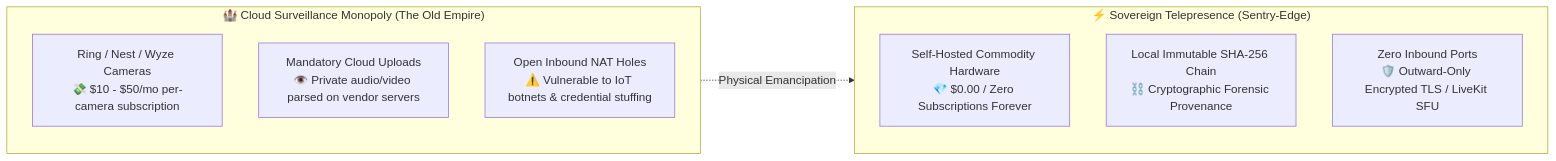
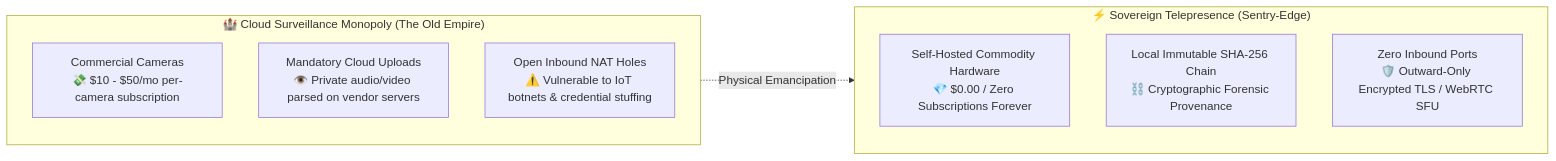
One commit to xuoxod/sentry-edge changed the first of 2 diagrams in README.md. Above: the diagram before and after it, drawn with Mermaid. The commit also changed other lines of this file and 5 other files, not shown here.

````diff
--- a/README.md
+++ b/README.md
@@ -54,18 +54,18 @@
 ```mermaid
 flowchart LR
     subgraph SurveillanceEmpire ["🏰 Cloud Surveillance Monopoly (The Old Empire)"]
         direction TB
-        VendorCam["Ring / Nest / Wyze Cameras\n💸 $10 - $50/mo per-camera subscription"]
+        VendorCam["Commercial Cameras\n💸 $10 - $50/mo per-camera subscription"]
         CloudStream["Mandatory Cloud Uploads\n👁️ Private audio/video parsed on vendor servers"]
         InboundHoles["Open Inbound NAT Holes\n⚠️ Vulnerable to IoT botnets & credential stuffing"]
     end
 
     subgraph SentryFrontier ["⚡ Sovereign Telepresence (Sentry-Edge)"]
         direction TB
         ZeroCost["Self-Hosted Commodity Hardware\n💎 $0.00 / Zero Subscriptions Forever"]
         LocalAudit["Local Immutable SHA-256 Chain\n⛓️ Cryptographic Forensic Provenance"]
-        OutboundMesh["Zero Inbound Ports\n🛡️ Outward-Only Encrypted TLS / LiveKit SFU"]
+        OutboundMesh["Zero Inbound Ports\n🛡️ Outward-Only Encrypted TLS / WebRTC SFU"]
     end
 
     SurveillanceEmpire -.->|"Physical Emancipation"| SentryFrontier
 ```
````
